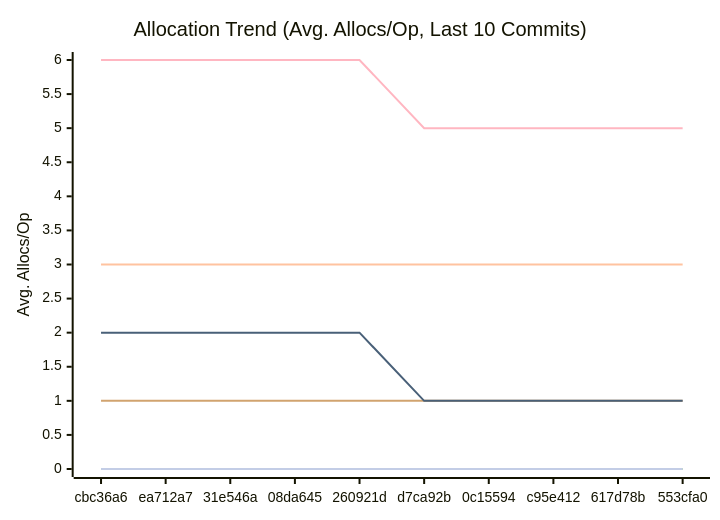
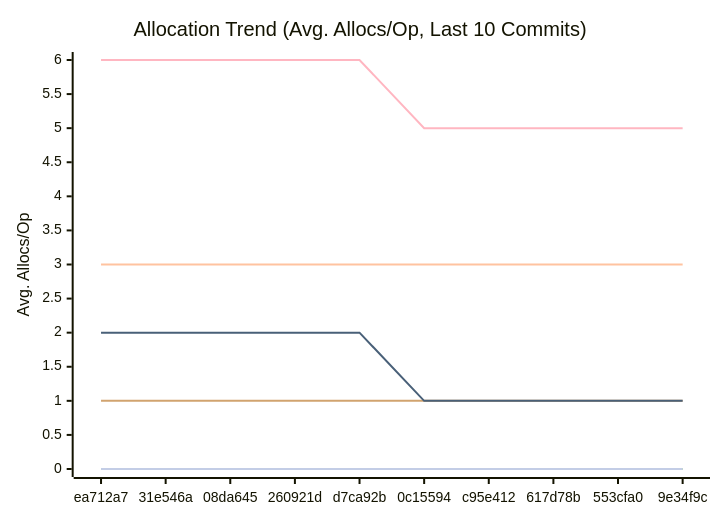
Before and after one commit to alsotoes/momo: the third of 3 diagrams in docs/PERFORMANCE.md, drawn with Mermaid. The commit also changed other lines of this file and 2 other files, not shown here.

````diff
--- a/docs/PERFORMANCE.md
+++ b/docs/PERFORMANCE.md
@@ -114,16 +114,16 @@
 ```mermaid
 xychart-beta
     title "Allocation Trend (Avg. Allocs/Op, Last 10 Commits)"
     x-axis "Commit"
     y-axis "Avg. Allocs/Op"
-    x-axis [cbc36a6,ea712a7,31e546a,08da645,260921d,d7ca92b,0c15594,c95e412,617d78b,553cfa0]
+    x-axis [ea712a7,31e546a,08da645,260921d,d7ca92b,0c15594,c95e412,617d78b,553cfa0,9e34f9c]
     line "CheckMetricsAndSwap" [0,0,0,0,0,0,0,0,0,0]
     line "CrushOptimized" [0,0,0,0,0,0,0,0,0,0]
     line "CrushOriginal" [3,3,3,3,3,3,3,3,3,3]
     line "IndexDirectTracking" [0,0,0,0,0,0,0,0,0,0]
     line "IndexSearch" [0,0,0,0,0,0,0,0,0,0]
     line "LoadGlobalConfig" [1,1,1,1,1,1,1,1,1,1]
     line "PadString" [0,0,0,0,0,0,0,0,0,0]
     line "ParseReplicationOrder_NoPrealloc" [6,6,6,6,6,5,5,5,5,5]
     line "ParseReplicationOrder_Prealloc" [2,2,2,2,2,1,1,1,1,1]
 ```
````
